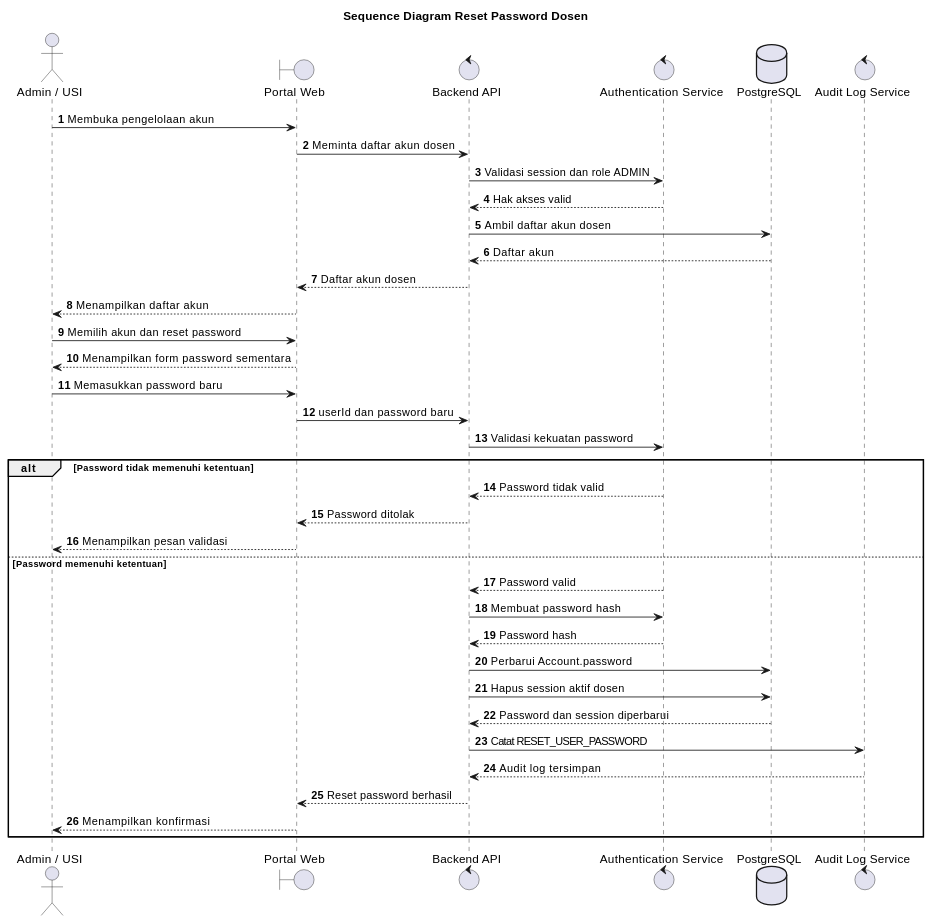
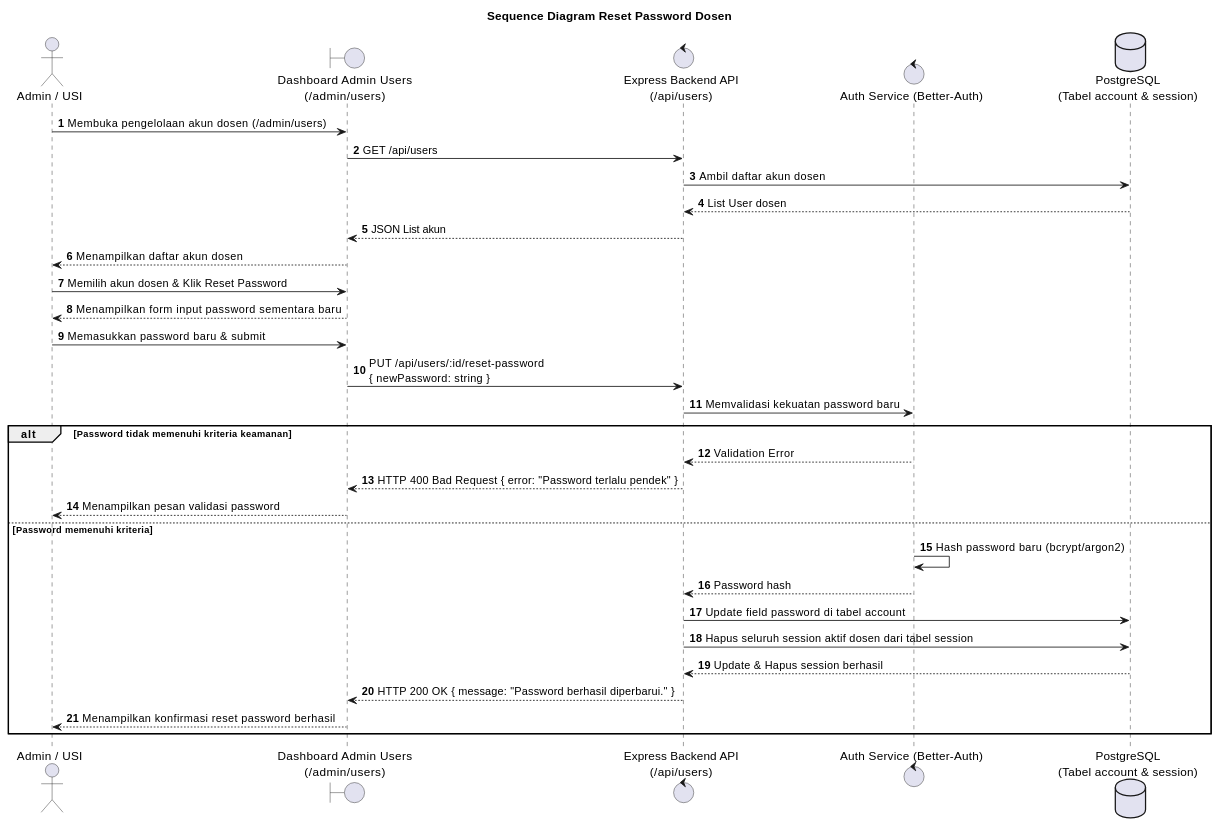
One commit to Badru9/chatbot changed the diagram in uml/reset_password_sequence.md. Above: the diagram before and after it, drawn with PlantUML. The commit also changed other lines of this file and 15 other files, not shown here.

Commit message:
docs: update UML diagrams and feature documentation to align with current architecture

````diff
--- a/uml/reset_password_sequence.md
+++ b/uml/reset_password_sequence.md
@@ -5,54 +5,48 @@
 ```plantuml
 @startuml
 title Sequence Diagram Reset Password Dosen
 
 autonumber
 skinparam shadowing false
 
 actor "Admin / USI" as Admin
-boundary "Portal Web" as Web
-control "Backend API" as API
-control "Authentication Service" as Auth
-database "PostgreSQL" as DB
-control "Audit Log Service" as Log
+boundary "Dashboard Admin Users\n(/admin/users)" as UI
+control "Express Backend API\n(/api/users)" as API
+control "Auth Service (Better-Auth)" as Auth
+database "PostgreSQL\n(Tabel account & session)" as DB
 
-Admin -> Web : Membuka pengelolaan akun
-Web -> API : Meminta daftar akun dosen
-API -> Auth : Validasi session dan role ADMIN
-Auth --> API : Hak akses valid
+Admin -> UI : Membuka pengelolaan akun dosen (/admin/users)
+UI -> API : GET /api/users
 API -> DB : Ambil daftar akun dosen
-DB --> API : Daftar akun
-API --> Web : Daftar akun dosen
-Web --> Admin : Menampilkan daftar akun
+DB --> API : List User dosen
+API --> UI : JSON List akun
+UI --> Admin : Menampilkan daftar akun dosen
 
-Admin -> Web : Memilih akun dan reset password
-Web --> Admin : Menampilkan form password sementara
-Admin -> Web : Memasukkan password baru
-Web -> API : userId dan password baru
+Admin -> UI : Memilih akun dosen & Klik Reset Password
+UI --> Admin : Menampilkan form input password sementara baru
+Admin -> UI : Memasukkan password baru & submit
+UI -> API : PUT /api/users/:id/reset-password\n{ newPassword: string }
 
-API -> Auth : Validasi kekuatan password
+API -> Auth : Memvalidasi kekuatan password baru
 
-alt Password tidak memenuhi ketentuan
+alt Password tidak memenuhi kriteria keamanan
 
-    Auth --> API : Password tidak valid
-    API --> Web : Password ditolak
-    Web --> Admin : Menampilkan pesan validasi
+    Auth --> API : Validation Error
+    API --> UI : HTTP 400 Bad Request { error: "Password terlalu pendek" }
+    UI --> Admin : Menampilkan pesan validasi password
 
-else Password memenuhi ketentuan
+else Password memenuhi kriteria
 
-    Auth --> API : Password valid
-    API -> Auth : Membuat password hash
+    Auth -> Auth : Hash password baru (bcrypt/argon2)
     Auth --> API : Password hash
-    API -> DB : Perbarui Account.password
-    API -> DB : Hapus session aktif dosen
-    DB --> API : Password dan session diperbarui
+    API -> DB : Update field password di tabel account
+    API -> DB : Hapus seluruh session aktif dosen dari tabel session
+    DB --> API : Update & Hapus session berhasil
 
-    API -> Log : Catat RESET_USER_PASSWORD
-    Log --> API : Audit log tersimpan
-    API --> Web : Reset password berhasil
-    Web --> Admin : Menampilkan konfirmasi
+    API --> UI : HTTP 200 OK { message: "Password berhasil diperbarui." }
+    UI --> Admin : Menampilkan konfirmasi reset password berhasil
 
 end
 
 @enduml
 ```
````
